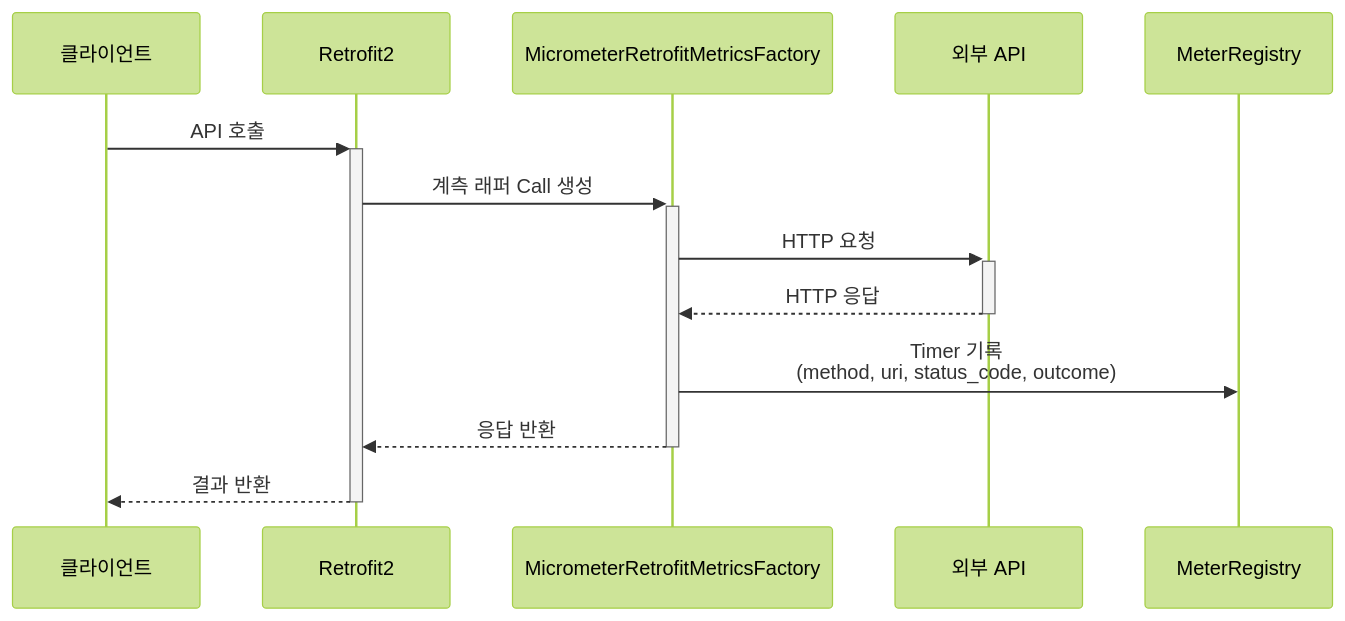
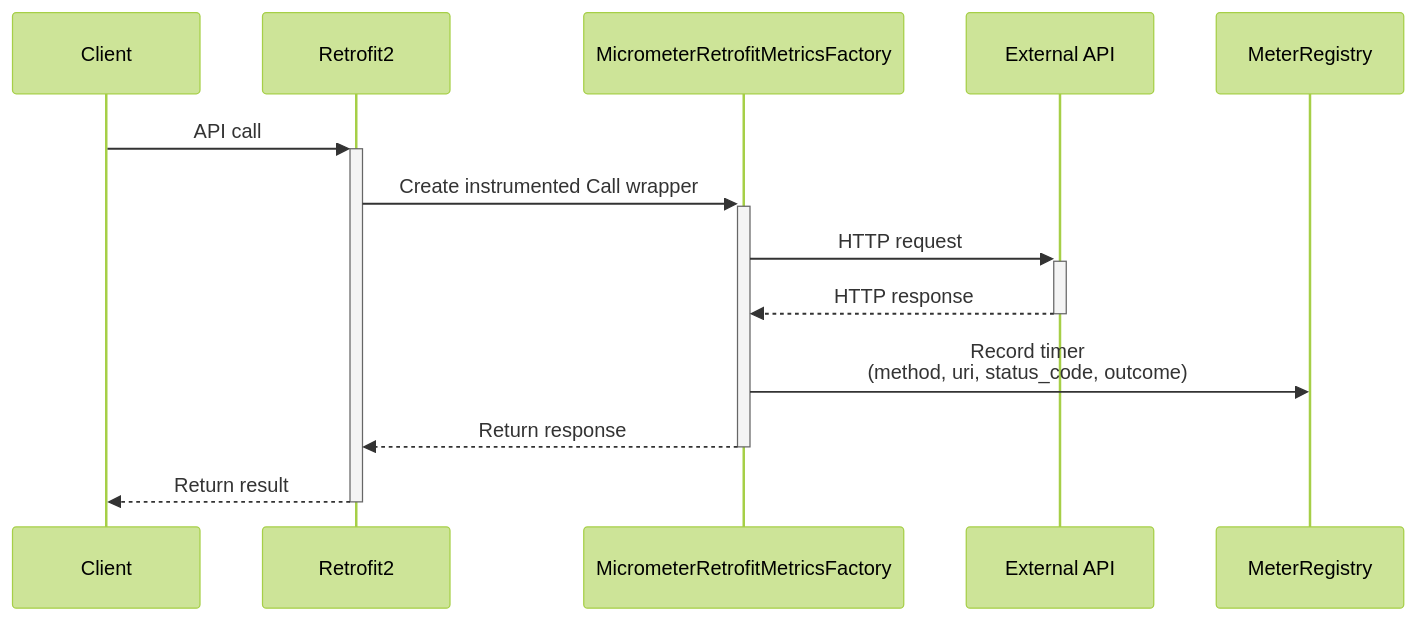
The third of 4 diagrams in infra/micrometer/README.md (bluetape4k/bluetape4k-projects), drawn with Mermaid (forest theme) before and after one commit. The commit also changed other lines of this file and 265 other files, not shown here.

````diff
--- a/infra/micrometer/README.md
+++ b/infra/micrometer/README.md
@@ -315,16 +317,16 @@
 ```mermaid
 sequenceDiagram
-    participant Client as 클라이언트
+    participant Client as Client
     participant Retrofit as Retrofit2
     participant Metrics as MicrometerRetrofitMetricsFactory
-    participant API as 외부 API
+    participant API as External API
     participant Registry as MeterRegistry
 
-    Client->>+Retrofit: API 호출
-    Retrofit->>+Metrics: 계측 래퍼 Call 생성
-    Metrics->>+API: HTTP 요청
-    API-->>-Metrics: HTTP 응답
-    Metrics->>Registry: Timer 기록<br/>(method, uri, status_code, outcome)
-    Metrics-->>-Retrofit: 응답 반환
-    Retrofit-->>-Client: 결과 반환
+    Client->>+Retrofit: API call
+    Retrofit->>+Metrics: Create instrumented Call wrapper
+    Metrics->>+API: HTTP request
+    API-->>-Metrics: HTTP response
+    Metrics->>Registry: Record timer<br/>(method, uri, status_code, outcome)
+    Metrics-->>-Retrofit: Return response
+    Retrofit-->>-Client: Return result
 ```
````
